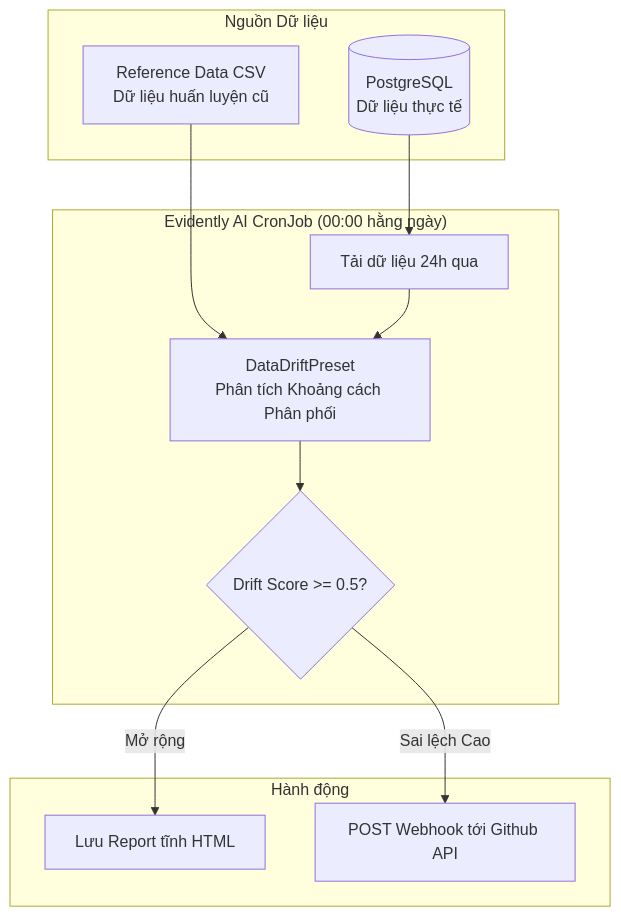
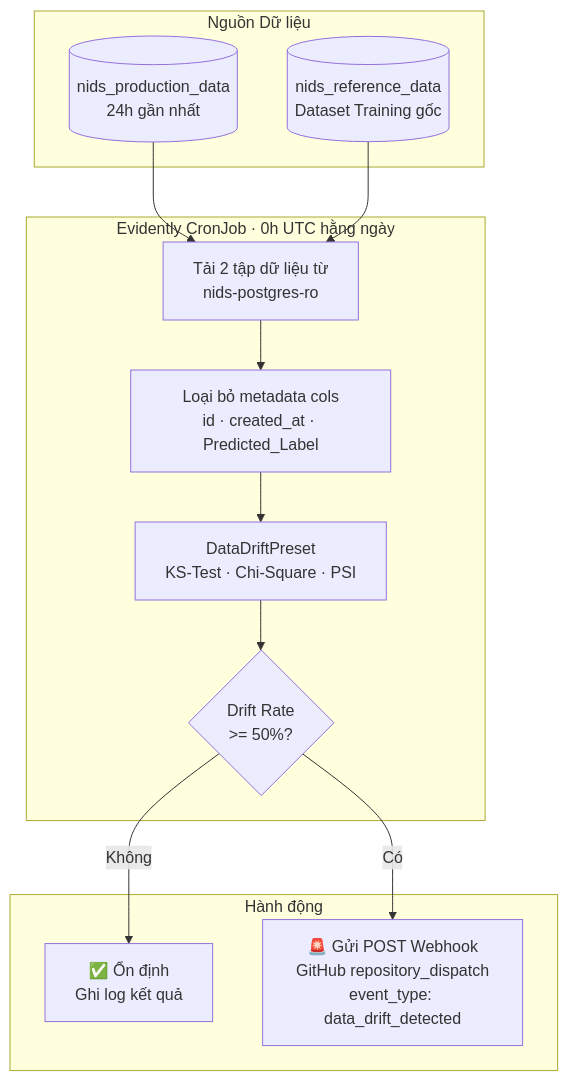
One commit to Viet-Hoang-2005/AdaptML changed the fourth of 7 diagrams in ARCHITECTURE.md. Above: the diagram before and after it, drawn with Mermaid. The commit also changed other lines of this file, not shown here.

Commit message:
docs: Draw a diagram for the system Architecture.

````diff
--- a/ARCHITECTURE.md
+++ b/ARCHITECTURE.md
@@ -71,25 +131,25 @@
 ```mermaid
 flowchart TB
-    subgraph DATA["Nguồn Dữ liệu"]
-        PROD_DB[(PostgreSQL<br/>Dữ liệu thực tế)]
-        REF_CSV[Reference Data CSV<br/>Dữ liệu huấn luyện cũ]
+    subgraph SOURCES["Nguồn Dữ liệu"]
+        PROD_DB[("nids_production_data<br/>24h gần nhất")]
+        REF_DB[("nids_reference_data<br/>Dataset Training gốc")]
     end
 
-    subgraph EVIDENTLY["Evidently AI CronJob (00:00 hằng ngày)"]
-        LOAD[Tải dữ liệu 24h qua]
-        COMPARE[DataDriftPreset<br/>Phân tích Khoảng cách Phân phối]
-        EVAL{Drift Score >= 0.5?}
+    subgraph EVIDENTLY["Evidently CronJob · 0h UTC hằng ngày"]
+        LOAD[Tải 2 tập dữ liệu từ<br/>nids-postgres-ro]
+        PREPROCESS[Loại bỏ metadata cols<br/>id · created_at · Predicted_Label]
+        REPORT["DataDriftPreset<br/>KS-Test · Chi-Square · PSI"]
+        DECISION{"Drift Rate<br/>>= 50%?"}
     end
 
     subgraph ACTION["Hành động"]
-        HTML[Lưu Report tĩnh HTML]
-        WEBHOOK[POST Webhook tới Github API]
+        STABLE["✅ Ổn định<br/>Ghi log kết quả"]
+        WEBHOOK["🚨 Gửi POST Webhook<br/>GitHub repository_dispatch<br/>event_type: data_drift_detected"]
     end
 
     PROD_DB --> LOAD
-    REF_CSV --> COMPARE
-    LOAD --> COMPARE
-    COMPARE --> EVAL
-    EVAL -->|Sai lệch Cao| WEBHOOK
-    EVAL -->|Mở rộng| HTML
+    REF_DB --> LOAD
+    LOAD --> PREPROCESS --> REPORT --> DECISION
+    DECISION -->|Không| STABLE
+    DECISION -->|Có| WEBHOOK
 ```
````
